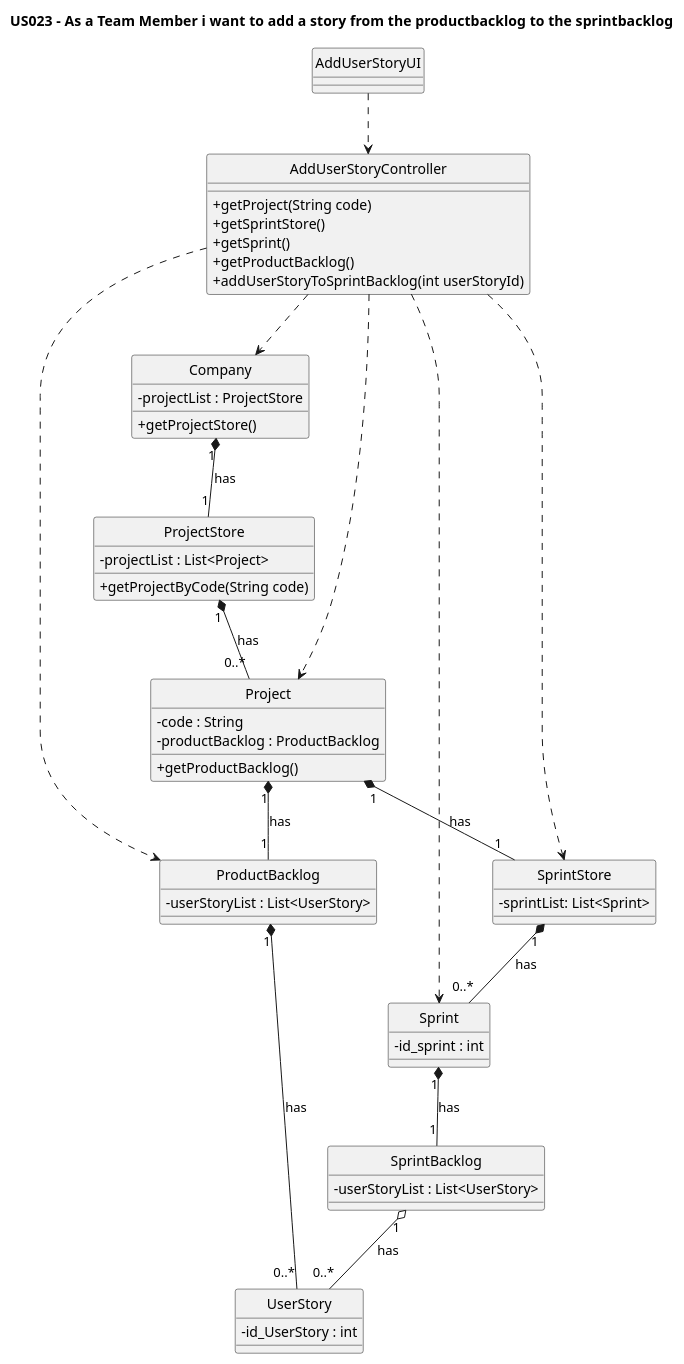
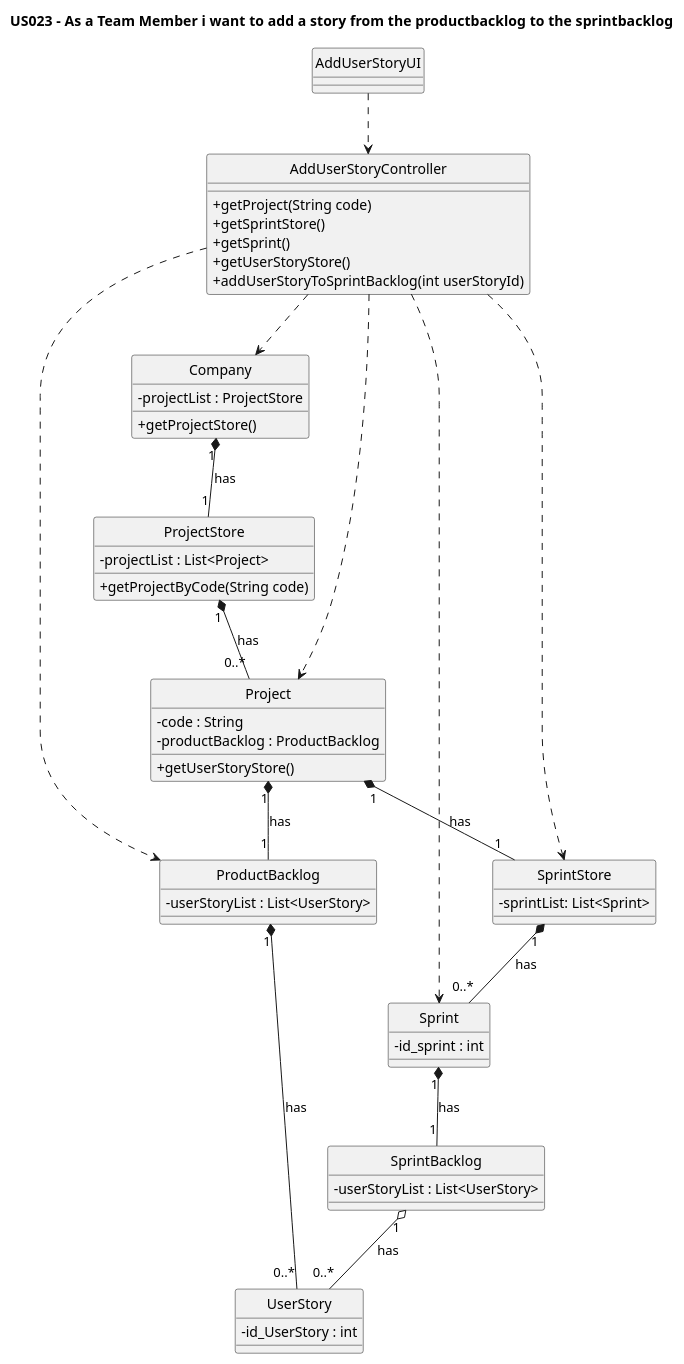
The diagram in docs/Sprint2/US023/US023-CD.puml (nunogon1211787/projectManagement), drawn with PlantUML before and after one commit. The commit also changed 34 other files, not shown here.

```diff
--- a/docs/Sprint2/US023/US023-CD.puml
+++ b/docs/Sprint2/US023/US023-CD.puml
@@ -1,73 +1,73 @@
 @startuml
 'https://plantuml.com/class-diagram
 
 hide circle
 skinparam classAttributeIconSize 0
 
 title US023 -  As a Team Member i want to add a story from the productbacklog to the sprintbacklog
 
 class AddUserStoryUI {
 }
 
 class AddUserStoryController {
     +getProject(String code)
     +getSprintStore()
     +getSprint()
-    +getProductBacklog()
+    +getUserStoryStore()
     +addUserStoryToSprintBacklog(int userStoryId)
 }
 
 class Company {
     -projectList : ProjectStore
     +getProjectStore()
 }
 
 class ProjectStore {
 -projectList : List<Project>
 +getProjectByCode(String code)
 }
 
 class SprintStore {
 -sprintList: List<Sprint>
 }
 
 class Sprint {
 -id_sprint : int
 }
 
 class Project {
 -code : String
 -productBacklog : ProductBacklog
-+getProductBacklog()
++getUserStoryStore()
 }
 
 class ProductBacklog {
 -userStoryList : List<UserStory>
 }
 
 class SprintBacklog {
 -userStoryList : List<UserStory>
 }
 
 class UserStory {
 - id_UserStory : int
 }
 
 AddUserStoryUI ..> AddUserStoryController
 
 AddUserStoryController ..> Company
 AddUserStoryController ..> Project
 AddUserStoryController ..> SprintStore
 AddUserStoryController ..> ProductBacklog
 AddUserStoryController ..> Sprint
 
 Company "1" *-- "1" ProjectStore: has
 ProjectStore "1" *-- "0..*" Project: has
 Project "1" *-- "1" SprintStore: has
 Project "1" *-- "1" ProductBacklog: has
 ProductBacklog "1" *-- "0..*" UserStory: has
 SprintStore "1" *-- "0..*" Sprint: has
 Sprint "1" *-- "1" SprintBacklog: has
 SprintBacklog "1" o-- "0..*" UserStory: has
 
 @enduml
```
